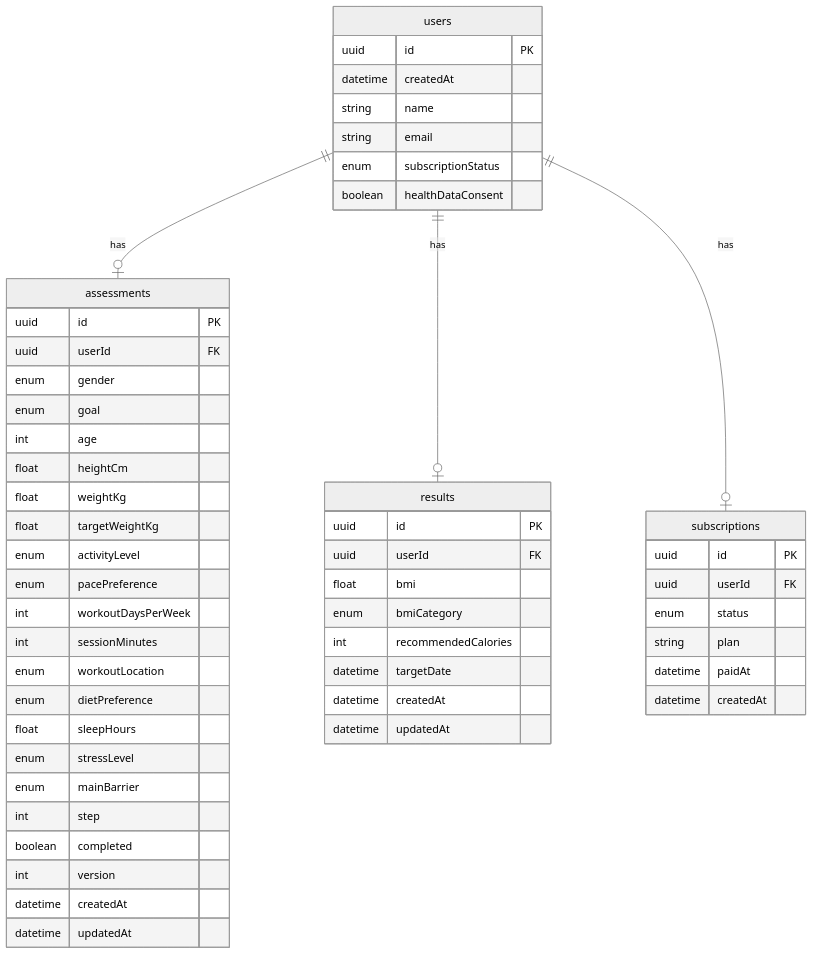
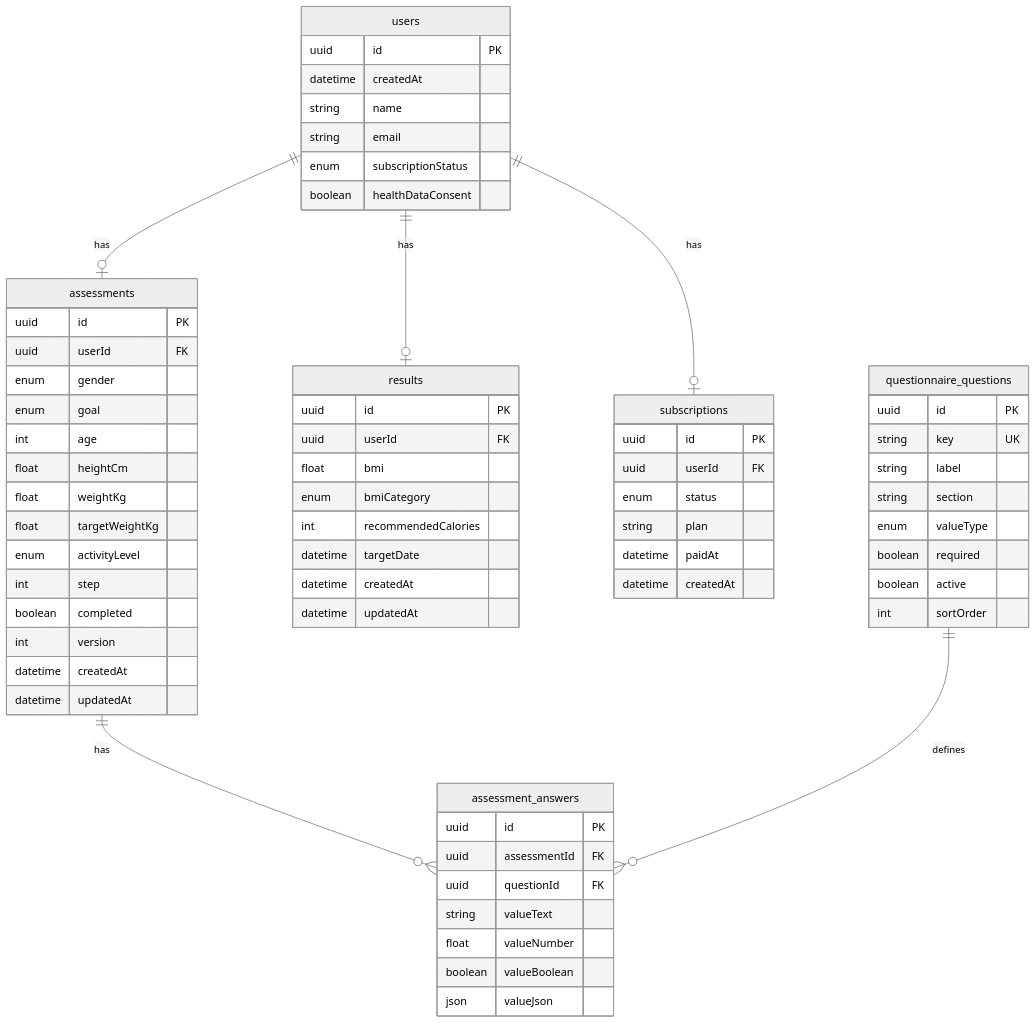
One commit to Brandoo110/health-funnel changed the diagram in README.md. Above: the diagram before and after it, drawn with Mermaid (neutral theme). The commit also changed other lines of this file and 8 other files, not shown here.

````diff
--- a/README.md
+++ b/README.md
@@ -294,60 +294,75 @@
 ```mermaid
 erDiagram
   users ||--o| assessments : has
   users ||--o| results : has
   users ||--o| subscriptions : has
+  assessments ||--o{ assessment_answers : has
+  questionnaire_questions ||--o{ assessment_answers : defines
 
   users {
     uuid id PK
     datetime createdAt
     string name
     string email
     enum subscriptionStatus
     boolean healthDataConsent
   }
 
   assessments {
     uuid id PK
     uuid userId FK
     enum gender
     enum goal
     int age
     float heightCm
     float weightKg
     float targetWeightKg
     enum activityLevel
-    enum pacePreference
-    int workoutDaysPerWeek
-    int sessionMinutes
-    enum workoutLocation
-    enum dietPreference
-    float sleepHours
-    enum stressLevel
-    enum mainBarrier
     int step
     boolean completed
     int version
     datetime createdAt
     datetime updatedAt
+  }
+
+  questionnaire_questions {
+    uuid id PK
+    string key UK
+    string label
+    string section
+    enum valueType
+    boolean required
+    boolean active
+    int sortOrder
+  }
+
+  assessment_answers {
+    uuid id PK
+    uuid assessmentId FK
+    uuid questionId FK
+    string valueText
+    float valueNumber
+    boolean valueBoolean
+    json valueJson
   }
 
   results {
     uuid id PK
     uuid userId FK
     float bmi
     enum bmiCategory
     int recommendedCalories
     datetime targetDate
     datetime createdAt
     datetime updatedAt
   }
 
   subscriptions {
     uuid id PK
     uuid userId FK
     enum status
     string plan
     datetime paidAt
     datetime createdAt
   }
 ```
````
